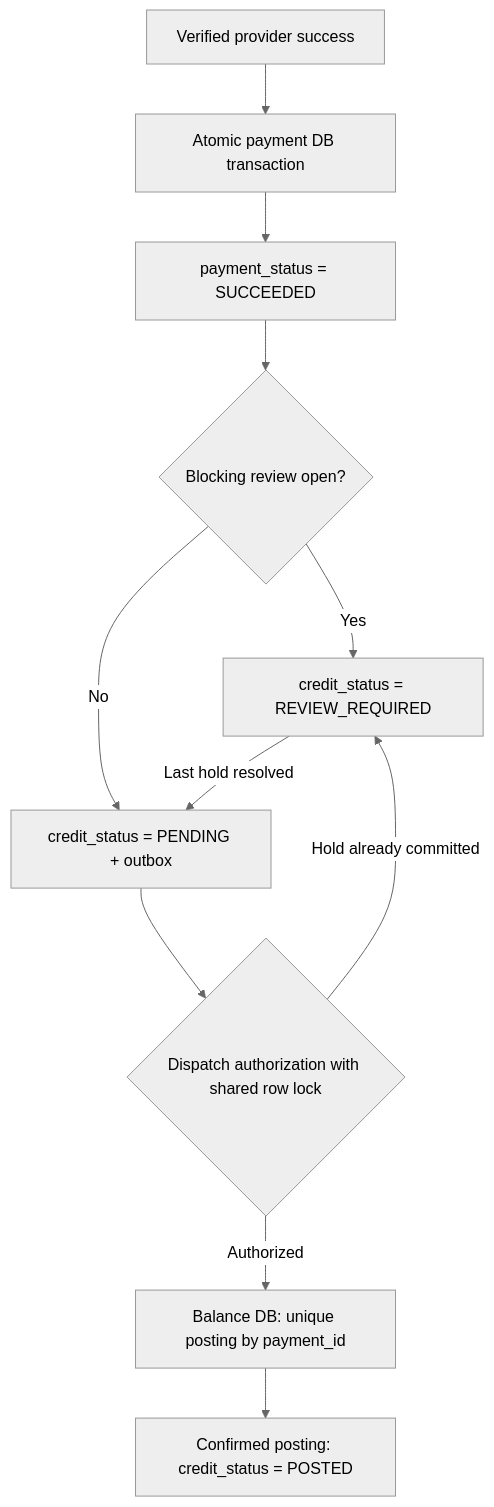
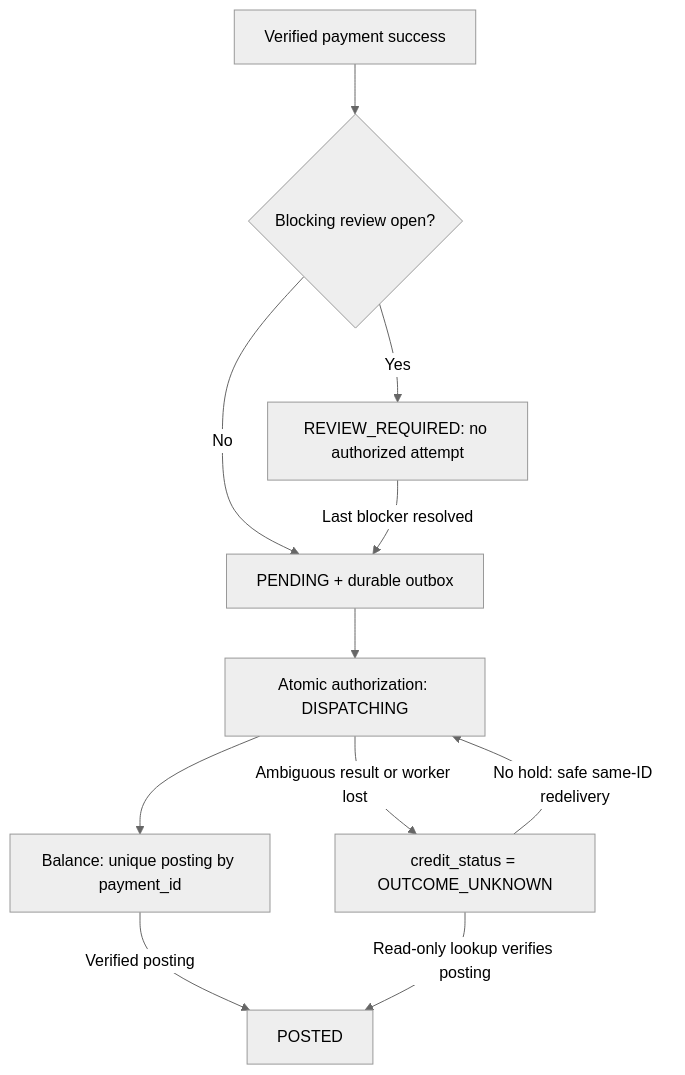
Before and after one commit to YuliaMelekhova/inside-the-spec: the second of 4 diagrams in episodes/01-payment-timeout/artifacts/specification.en.md, drawn with Mermaid (neutral theme). The commit also changed other lines of this file and 35 other files, not shown here.

````diff
--- a/episodes/01-payment-timeout/artifacts/specification.en.md
+++ b/episodes/01-payment-timeout/artifacts/specification.en.md
@@ -70,13 +73,13 @@
 ```mermaid
 flowchart TD
-    P["Verified provider success"] --> T["Atomic payment DB transaction"]
-    T --> S["payment_status = SUCCEEDED"]
-    S --> G{"Blocking review open?"}
-    G -->|Yes| H["credit_status = REVIEW_REQUIRED"]
-    G -->|No| O["credit_status = PENDING + outbox"]
-    H -->|Last hold resolved| O
-    O --> A{"Dispatch authorization with shared row lock"}
-    A -->|Hold already committed| H
-    A -->|Authorized| B["Balance DB: unique posting by payment_id"]
-    B --> C["Confirmed posting: credit_status = POSTED"]
+    S["Verified payment success"] --> G{"Blocking review open?"}
+    G -->|Yes| H["REVIEW_REQUIRED: no authorized attempt"]
+    G -->|No| Q["PENDING + durable outbox"]
+    H -->|Last blocker resolved| Q
+    Q --> A["Atomic authorization: DISPATCHING"]
+    A --> B["Balance: unique posting by payment_id"]
+    B -->|Verified posting| P["POSTED"]
+    A -->|Ambiguous result or worker lost| U["credit_status = OUTCOME_UNKNOWN"]
+    U -->|Read-only lookup verifies posting| P
+    U -->|No hold: safe same-ID redelivery| A
 ```
````
